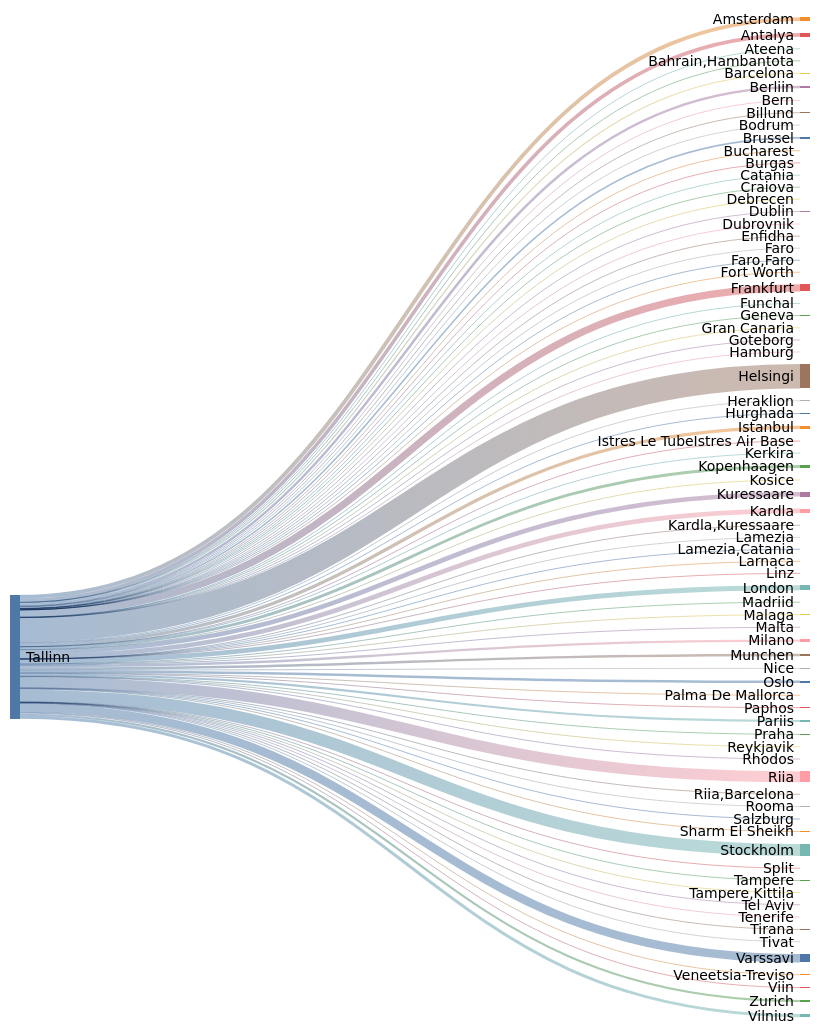
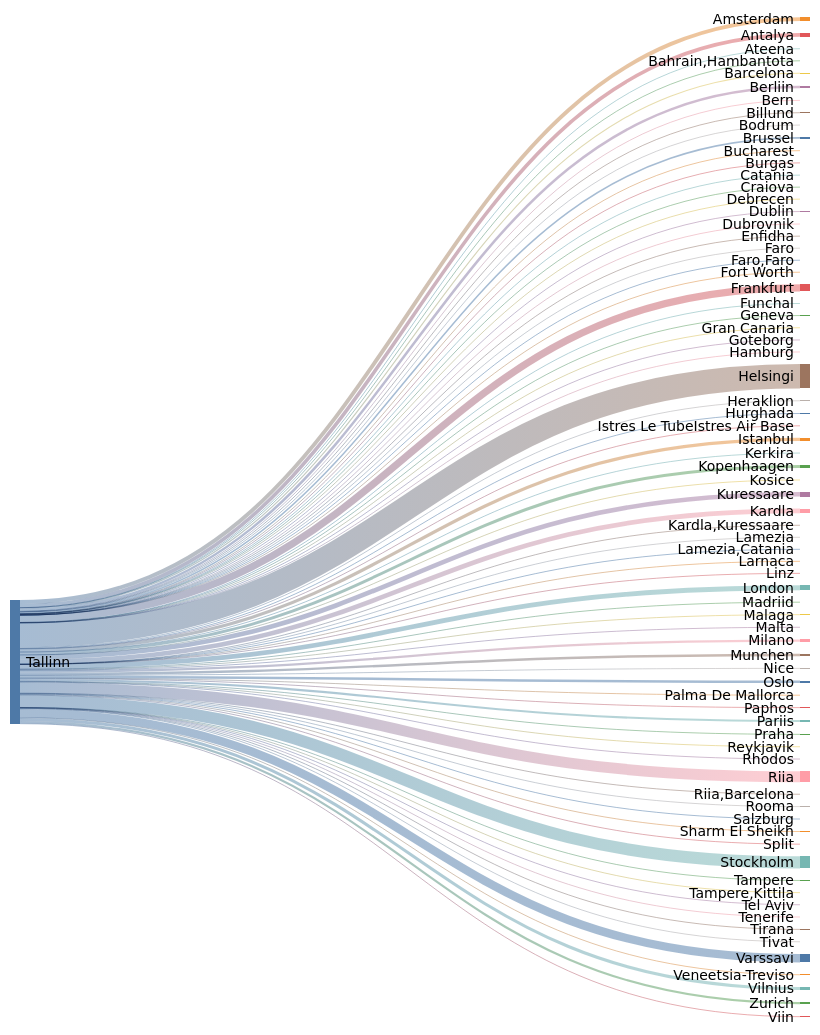
One commit to rainermesi/tll-airport-departures changed the second of 2 diagrams in README.md. Above: the diagram before and after it, drawn with Mermaid (neutral theme). The commit also changed other lines of this file and 1 other file, not shown here.

````diff
--- a/README.md
+++ b/README.md
@@ -41,16 +41,16 @@
 ---
 sankey-beta
 %% source,target,value
-Tallinn,Amsterdam,441
-Tallinn,Antalya,406
+Tallinn,Amsterdam,443
+Tallinn,Antalya,407
 Tallinn,Ateena,16
 Tallinn,"Bahrain,Hambantota",1
 Tallinn,Barcelona,123
-Tallinn,Berliin,282
+Tallinn,Berliin,284
 Tallinn,Bern,1
 Tallinn,Billund,71
 Tallinn,Bodrum,11
-Tallinn,Brussel,175
+Tallinn,Brussel,176
 Tallinn,Bucharest,1
 Tallinn,Burgas,50
 Tallinn,Catania,2
@@ -62,59 +62,59 @@
 Tallinn,Faro,4
 Tallinn,"Faro,Faro",1
 Tallinn,Fort Worth,1
-Tallinn,Frankfurt,816
+Tallinn,Frankfurt,819
 Tallinn,Funchal,5
 Tallinn,Geneva,13
 Tallinn,Gran Canaria,38
 Tallinn,Goteborg,2
 Tallinn,Hamburg,2
-Tallinn,Helsingi,2764
+Tallinn,Helsingi,2772
 Tallinn,Heraklion,88
 Tallinn,Hurghada,75
-Tallinn,Istanbul,361
+Tallinn,Istanbul,363
 Tallinn,Istres Le TubeIstres Air Base,2
 Tallinn,Kerkira,4
-Tallinn,Kopenhaagen,329
+Tallinn,Kopenhaagen,330
 Tallinn,Kosice,1
-Tallinn,Kuressaare,524
-Tallinn,Kardla,526
+Tallinn,Kuressaare,526
+Tallinn,Kardla,528
 Tallinn,"Kardla,Kuressaare",1
 Tallinn,Lamezia,1
 Tallinn,"Lamezia,Catania",3
 Tallinn,Larnaca,4
 Tallinn,Linz,2
-Tallinn,London,545
+Tallinn,London,546
 Tallinn,Madriid,2
 Tallinn,Malaga,110
 Tallinn,Malta,26
 Tallinn,Milano,266
-Tallinn,Munchen,274
+Tallinn,Munchen,276
 Tallinn,Nice,46
-Tallinn,Oslo,282
+Tallinn,Oslo,283
 Tallinn,Palma De Mallorca,30
 Tallinn,Paphos,66
-Tallinn,Pariis,236
+Tallinn,Pariis,238
 Tallinn,Praha,77
 Tallinn,Reykjavik,14
-Tallinn,Rhodos,53
-Tallinn,Riia,1240
+Tallinn,Rhodos,54
+Tallinn,Riia,1244
 Tallinn,"Riia,Barcelona",1
 Tallinn,Rooma,80
 Tallinn,Salzburg,14
 Tallinn,Sharm El Sheikh,100
 Tallinn,Split,47
-Tallinn,Stockholm,1362
+Tallinn,Stockholm,1366
 Tallinn,Tampere,17
 Tallinn,"Tampere,Kittila",21
 Tallinn,Tel Aviv,2
 Tallinn,Tenerife,58
-Tallinn,Tirana,27
-Tallinn,Tivat,57
-Tallinn,Varssavi,953
+Tallinn,Tirana,28
+Tallinn,Tivat,58
+Tallinn,Varssavi,956
 Tallinn,Veneetsia-Treviso,67
 Tallinn,Viin,106
-Tallinn,Vilnius,342
-Tallinn,Zurich,242
+Tallinn,Vilnius,344
+Tallinn,Zurich,243
 
 
 ```
````
